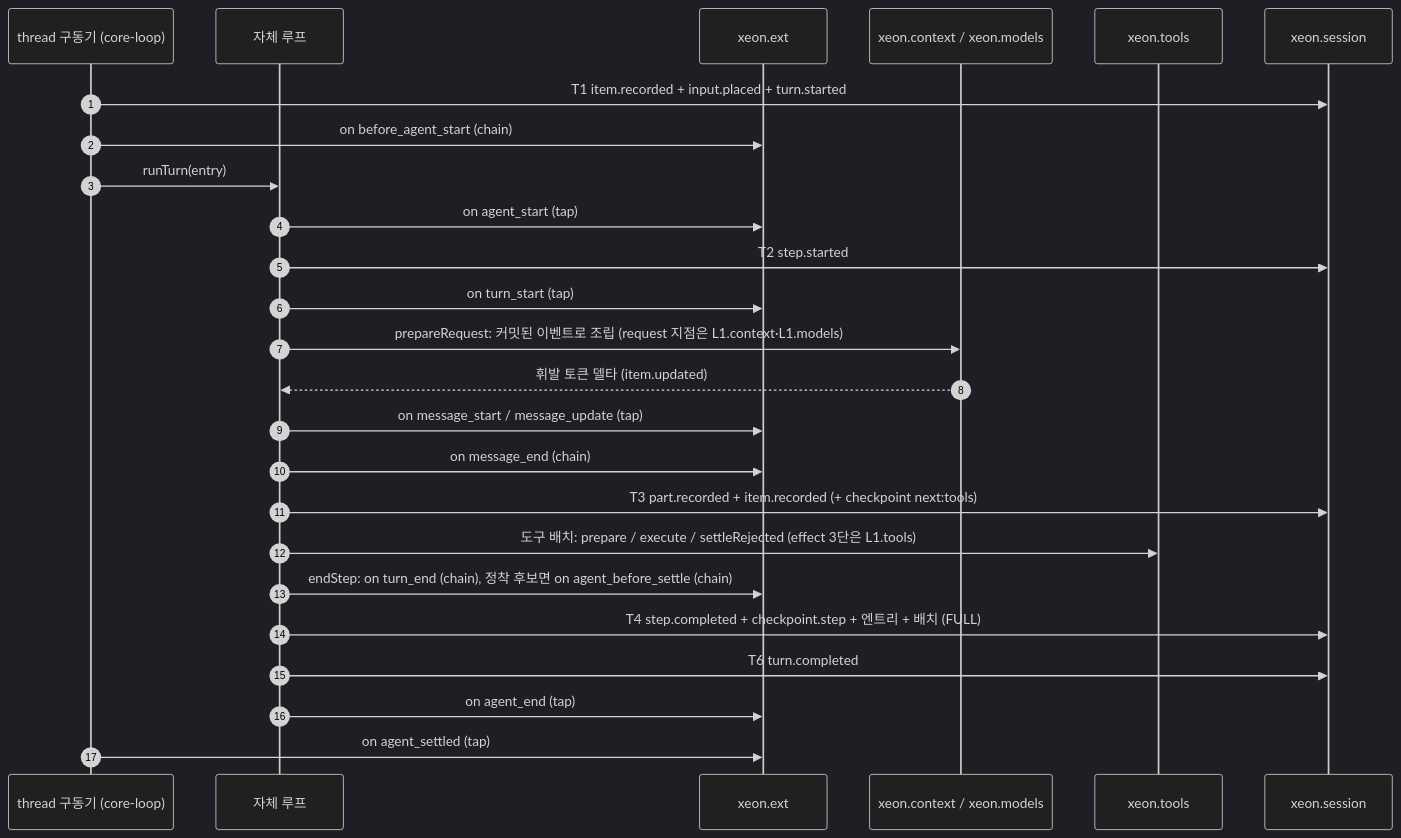
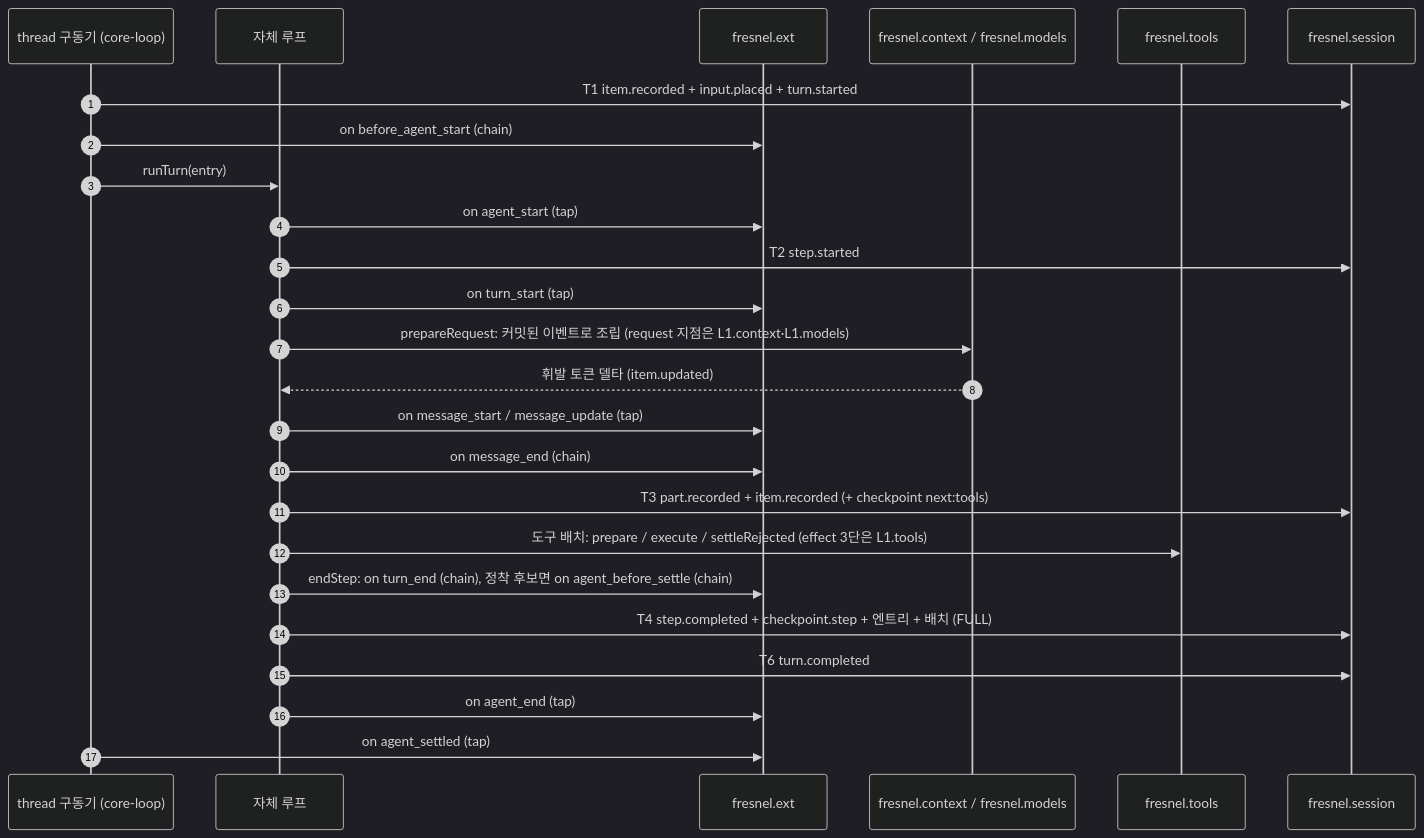
Before and after one commit to Rengod95/Helm-Agent_Docs_OS: the diagram in docs/xeon/L1/loop/spec.md, drawn with Mermaid (dark theme). The commit also changed other lines of this file and 2082 other files, not shown here.

````diff
--- a/docs/xeon/L1/loop/spec.md
+++ b/docs/xeon/L1/loop/spec.md
@@ -458,27 +458,27 @@
 ```mermaid
 sequenceDiagram
   autonumber
   participant DRV as thread 구동기 (core-loop)
   participant WR as 자체 루프
-  participant EXT as xeon.ext
-  participant CTX as xeon.context / xeon.models
-  participant TL as xeon.tools
-  participant SES as xeon.session
+  participant EXT as fresnel.ext
+  participant CTX as fresnel.context / fresnel.models
+  participant TL as fresnel.tools
+  participant SES as fresnel.session
   DRV->>SES: T1 item.recorded + input.placed + turn.started
   DRV->>EXT: on before_agent_start (chain)
   DRV->>WR: runTurn(entry)
   WR->>EXT: on agent_start (tap)
   WR->>SES: T2 step.started
   WR->>EXT: on turn_start (tap)
   WR->>CTX: prepareRequest: 커밋된 이벤트로 조립 (request 지점은 L1.context·L1.models)
   CTX-->>WR: 휘발 토큰 델타 (item.updated)
   WR->>EXT: on message_start / message_update (tap)
   WR->>EXT: on message_end (chain)
   WR->>SES: T3 part.recorded + item.recorded (+ checkpoint next:tools)
   WR->>TL: 도구 배치: prepare / execute / settleRejected (effect 3단은 L1.tools)
   WR->>EXT: endStep: on turn_end (chain), 정착 후보면 on agent_before_settle (chain)
   WR->>SES: T4 step.completed + checkpoint.step + 엔트리 + 배치 (FULL)
   WR->>SES: T6 turn.completed
   WR->>EXT: on agent_end (tap)
   DRV->>EXT: on agent_settled (tap)
 ```
````
